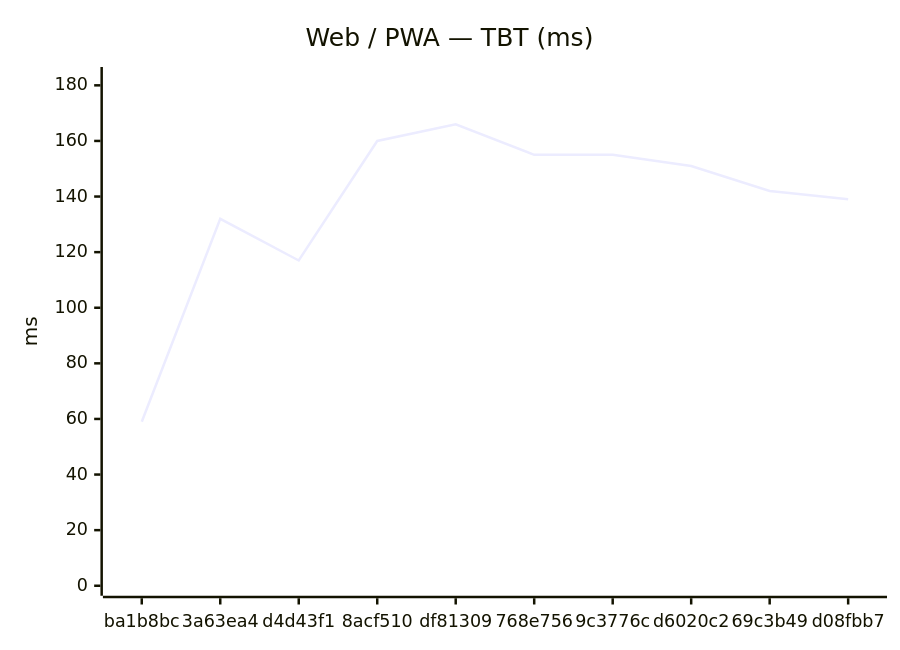
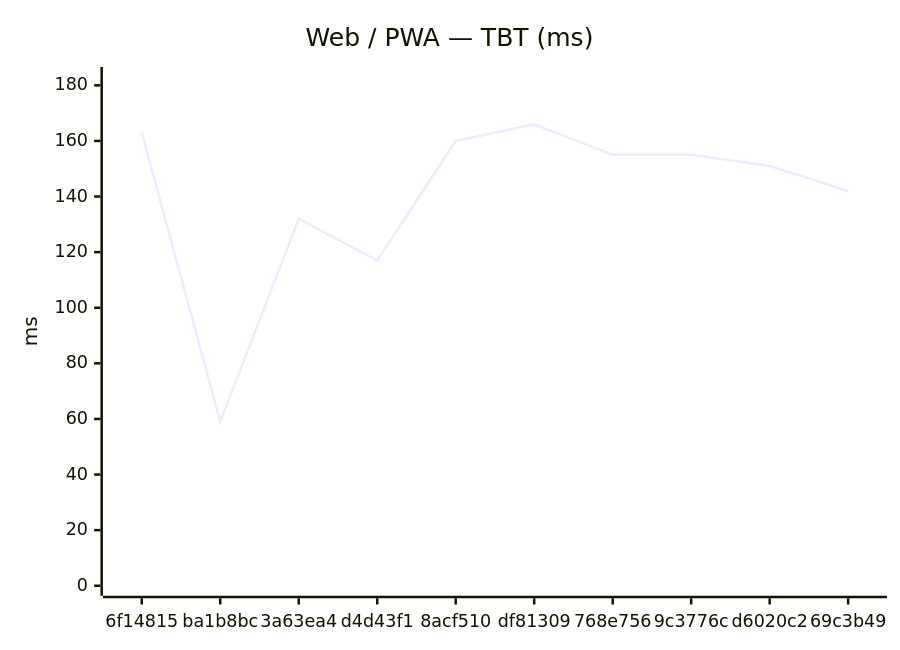
One commit to Metaheurist/Rianell changed the second of 18 diagrams in benchmarks/compare.md. Above: the diagram before and after it, drawn with Mermaid. The commit also changed other lines of this file and 11 other files, not shown here.

````diff
--- a/benchmarks/compare.md
+++ b/benchmarks/compare.md
@@ -31,7 +31,7 @@
 ```mermaid
 xychart-beta
     title "Web / PWA — TBT (ms)"
-    x-axis ["ba1b8bc", "3a63ea4", "d4d43f1", "8acf510", "df81309", "768e756", "9c3776c", "d6020c2", "69c3b49", "d08fbb7"]
+    x-axis ["6f14815", "ba1b8bc", "3a63ea4", "d4d43f1", "8acf510", "df81309", "768e756", "9c3776c", "d6020c2", "69c3b49"]
     y-axis "ms" 0 --> 183
-    line [59, 132, 117, 160, 166, 155, 155, 151, 142, 139]
+    line [163, 59, 132, 117, 160, 166, 155, 155, 151, 142]
 ```
````
